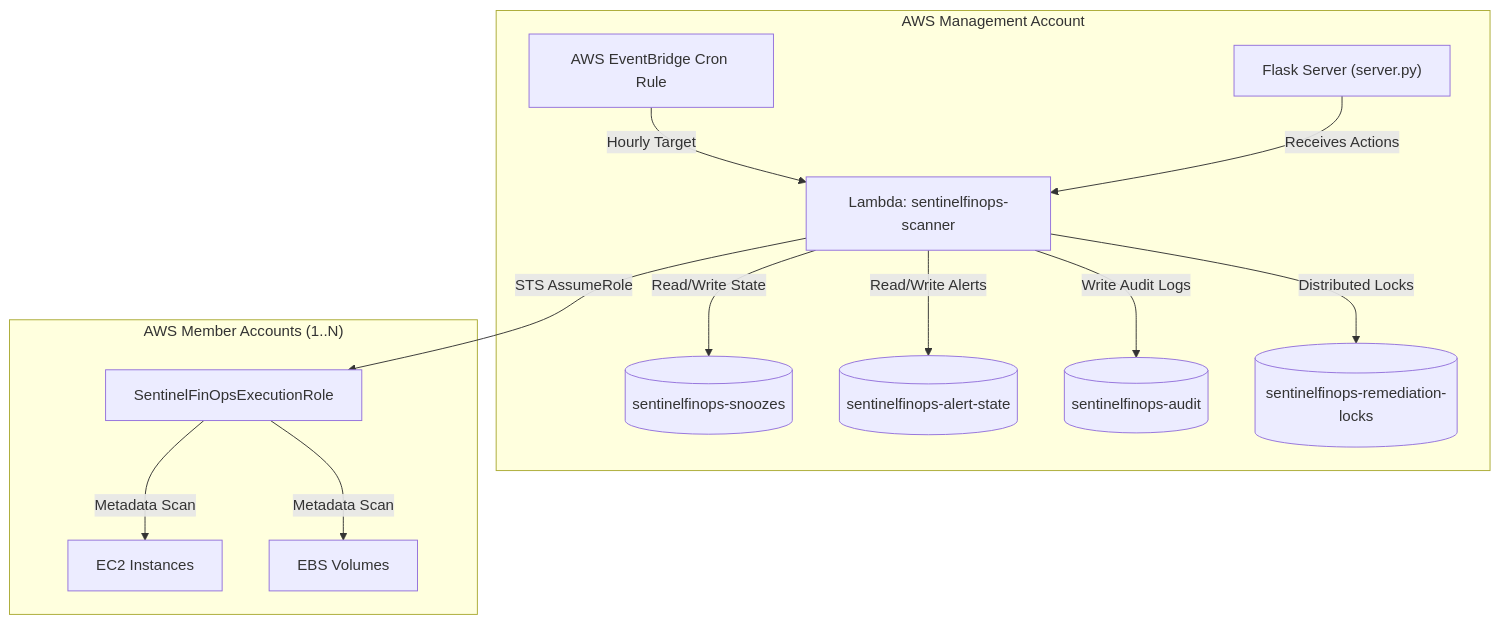
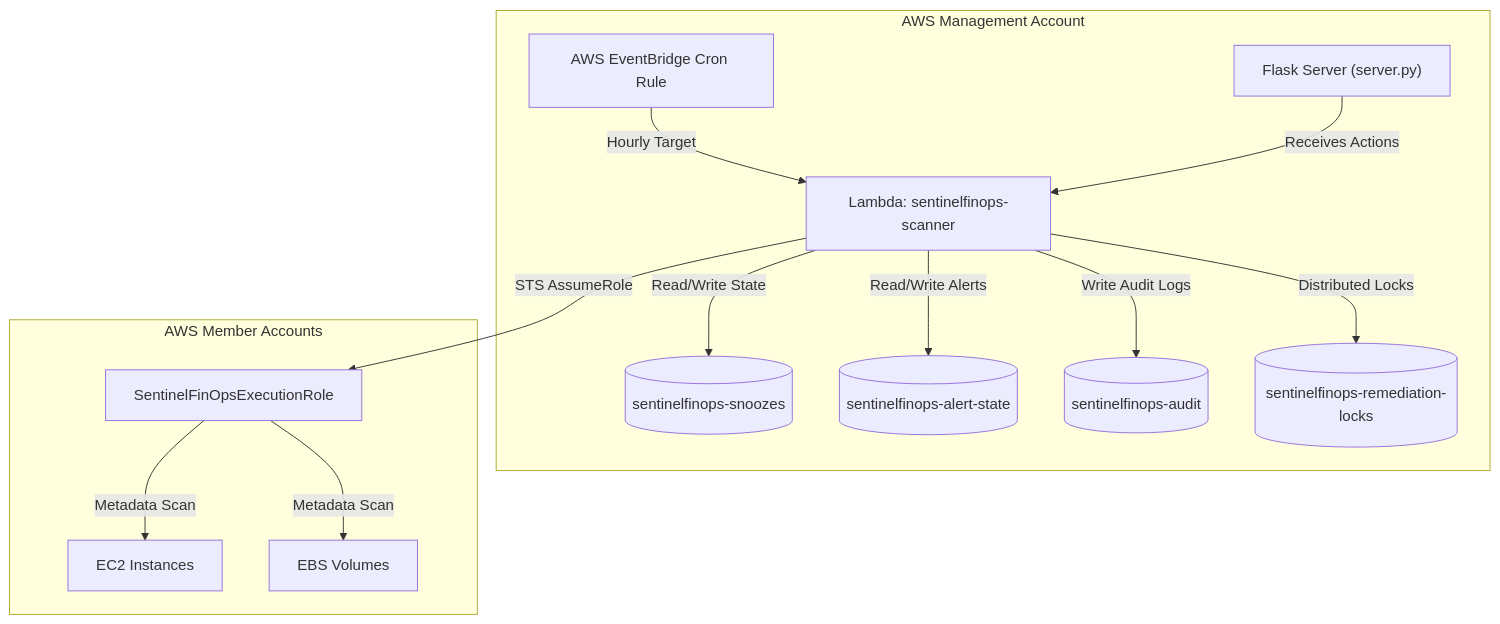
The fourth of 11 diagrams in ARCHITECTURE.md (VaishnavSreekumar/sentinelfinops), drawn with Mermaid before and after one commit. The commit also changed other lines of this file and 1 other file, not shown here.

Commit message:
docs: rewrite Mermaid diagrams to be 100% strict syntax compliant

````diff
--- a/ARCHITECTURE.md
+++ b/ARCHITECTURE.md
@@ -99,17 +90,17 @@
 ```mermaid
-graph TD
-    subgraph "AWS Management Account"
+flowchart TD
+    subgraph Management["AWS Management Account"]
         EventBridge["AWS EventBridge Cron Rule"] -->|Hourly Target| LambdaScan["Lambda: sentinelfinops-scanner"]
         FlaskServer["Flask Server (server.py)"] -->|Receives Actions| LambdaScan
         LambdaScan -->|Read/Write State| DDB_Snooze[("sentinelfinops-snoozes")]
         LambdaScan -->|Read/Write Alerts| DDB_AlertState[("sentinelfinops-alert-state")]
         LambdaScan -->|Write Audit Logs| DDB_Audit[("sentinelfinops-audit")]
         LambdaScan -->|Distributed Locks| DDB_Locks[("sentinelfinops-remediation-locks")]
     end
 
-    subgraph "AWS Member Accounts (1..N)"
+    subgraph Members["AWS Member Accounts"]
         LambdaScan -->|STS AssumeRole| TargetRole["SentinelFinOpsExecutionRole"]
         TargetRole -->|Metadata Scan| EC2["EC2 Instances"]
         TargetRole -->|Metadata Scan| EBS["EBS Volumes"]
     end
 ```
````
